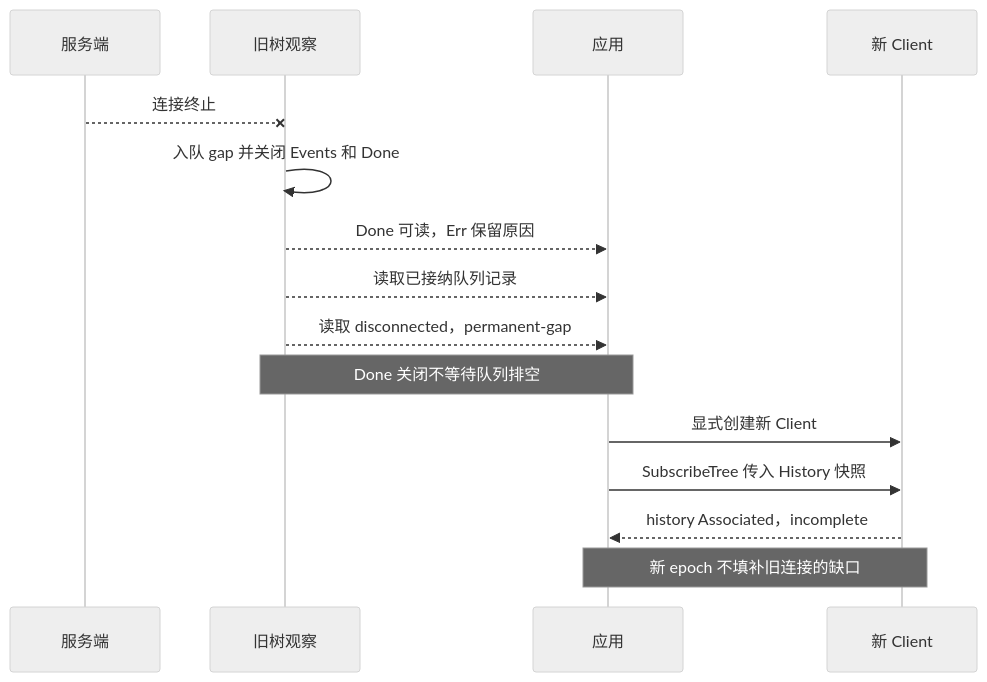
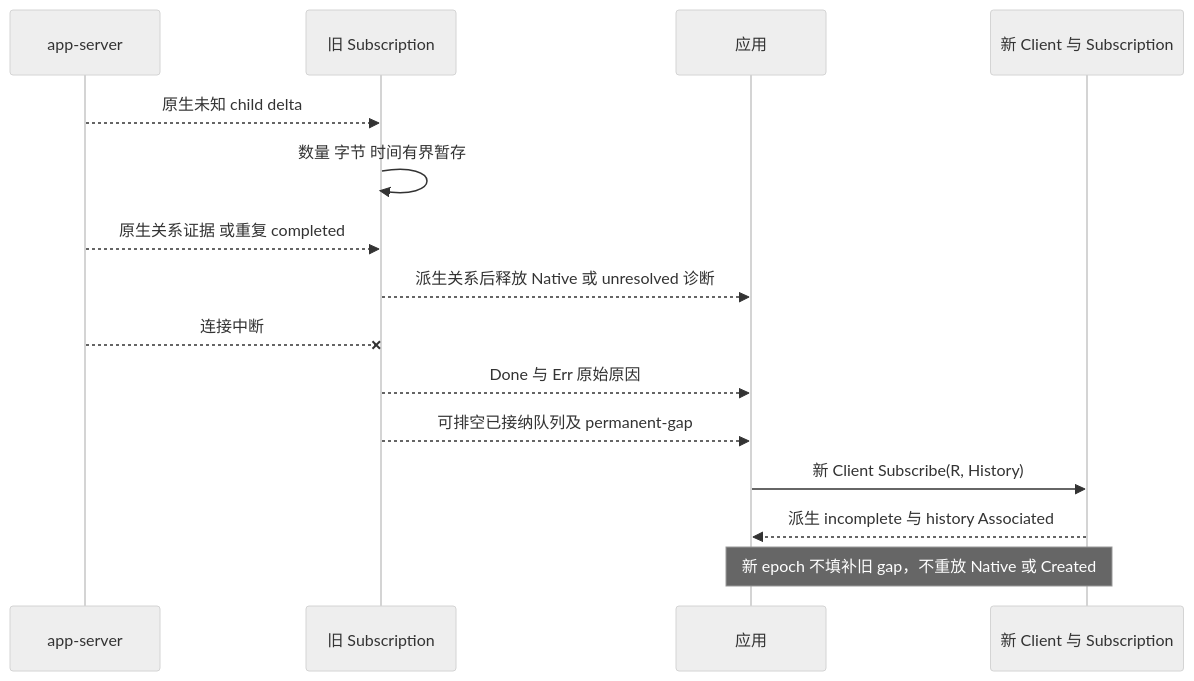
The seventh of 7 diagrams in docs/event-sequences.md (zoumo/agent-sdk-go), drawn with Mermaid (neutral theme) before and after one commit. The commit also changed other lines of this file and 26 other files, not shown here.

Commit message:
Make Subscribe manage root and descendant events by default

````diff
--- a/docs/event-sequences.md
+++ b/docs/event-sequences.md
@@ -349,17 +245,17 @@
 ```mermaid
 sequenceDiagram
-    participant S as 服务端
-    participant T as 旧树观察
-    participant A as 应用
-    participant N as 新 Client
-    S--xT: 连接终止
-    T->>T: 入队 gap 并关闭 Events 和 Done
-    T-->>A: Done 可读，Err 保留原因
-    T-->>A: 读取已接纳队列记录
-    T-->>A: 读取 disconnected，permanent-gap
-    Note over T,A: Done 关闭不等待队列排空
-    A->>N: 显式创建新 Client
-    A->>N: SubscribeTree 传入 History 快照
-    N-->>A: history Associated，incomplete
-    Note over A,N: 新 epoch 不填补旧连接的缺口
+    participant S as app-server
+    participant O as 旧 Subscription
+    participant U as 应用
+    participant N as 新 Client 与 Subscription
+    S-->>O: 原生未知 child delta
+    O->>O: 数量 字节 时间有界暂存
+    S-->>O: 原生关系证据 或重复 completed
+    O-->>U: 派生关系后释放 Native 或 unresolved 诊断
+    S--xO: 连接中断
+    O-->>U: Done 与 Err 原始原因
+    O-->>U: 可排空已接纳队列及 permanent-gap
+    U->>N: 新 Client Subscribe(R, History)
+    N-->>U: 派生 incomplete 与 history Associated
+    Note over U,N: 新 epoch 不填补旧 gap，不重放 Native 或 Created
 ```
````
